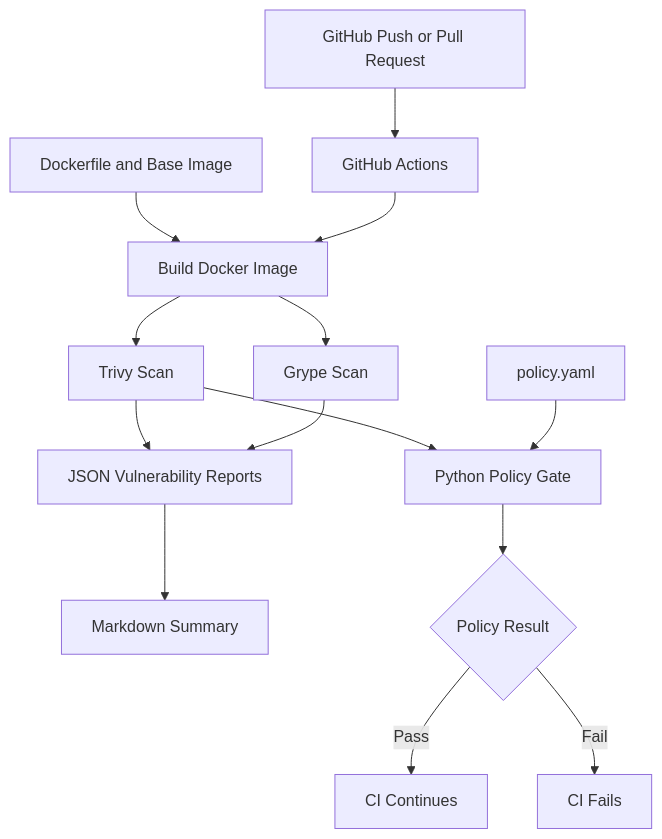
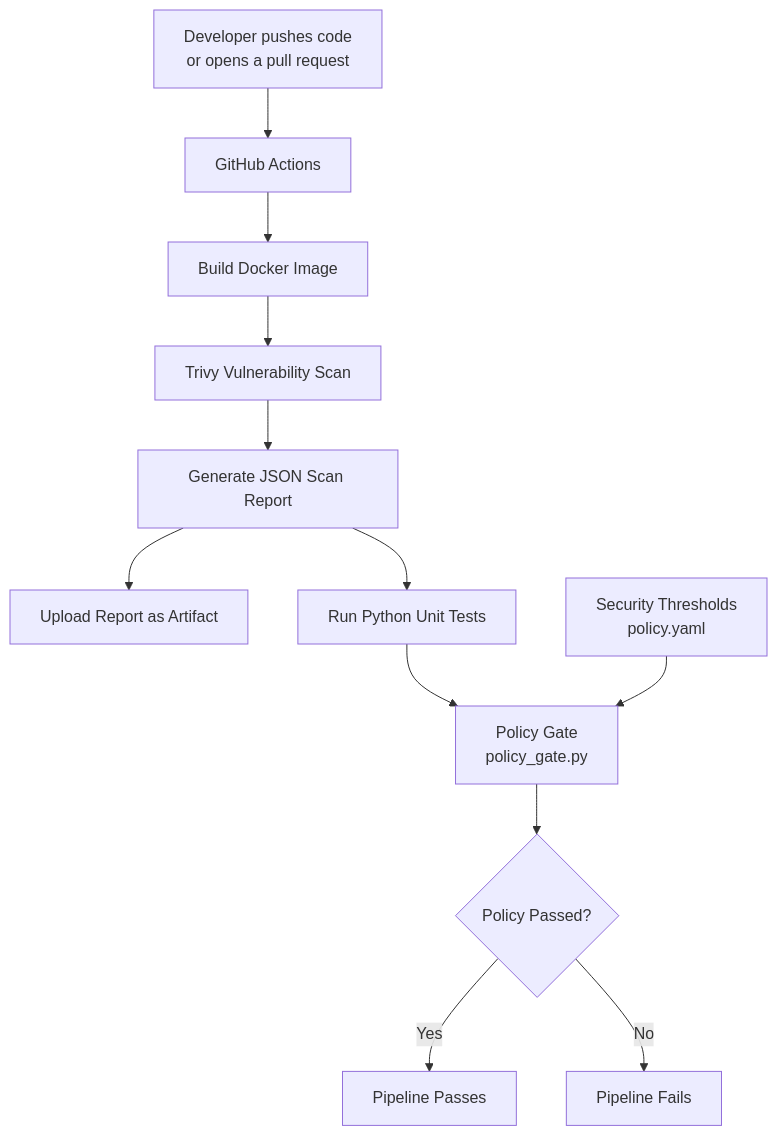
One commit to mubashir251-tech/docker-image-security-lab changed the diagram in README.md. Above: the diagram before and after it, drawn with Mermaid. The commit also changed other lines of this file, not shown here.

Commit message:
docs: add security pipeline architecture diagram
Updated the README to include a detailed pipeline flowchart and stages for vulnerability scanning and policy enforcement.

````diff
--- a/README.md
+++ b/README.md
@@ -13,16 +15,14 @@
 ```mermaid
 flowchart TD
-    A[Dockerfile and Base Image] --> B[Build Docker Image]
-    B --> C[Trivy Scan]
-    B --> D[Grype Scan]
-    C --> E[JSON Vulnerability Reports]
-    D --> E
-    E --> F[Markdown Summary]
-    C --> G[Python Policy Gate]
-    H[policy.yaml] --> G
-    G --> I{Policy Result}
-    I -->|Pass| J[CI Continues]
-    I -->|Fail| K[CI Fails]
-    L[GitHub Push or Pull Request] --> M[GitHub Actions]
-    M --> B
+    A["Developer pushes code<br/>or opens a pull request"] --> B["GitHub Actions"]
+    B --> C["Build Docker Image"]
+    C --> D["Trivy Vulnerability Scan"]
+    D --> E["Generate JSON Scan Report"]
+    E --> F["Upload Report as Artifact"]
+    E --> G["Run Python Unit Tests"]
+    G --> H["Policy Gate<br/>policy_gate.py"]
+    I["Security Thresholds<br/>policy.yaml"] --> H
+    H --> J{"Policy Passed?"}
+    J -->|Yes| K["Pipeline Passes"]
+    J -->|No| L["Pipeline Fails"]
 ```
````
